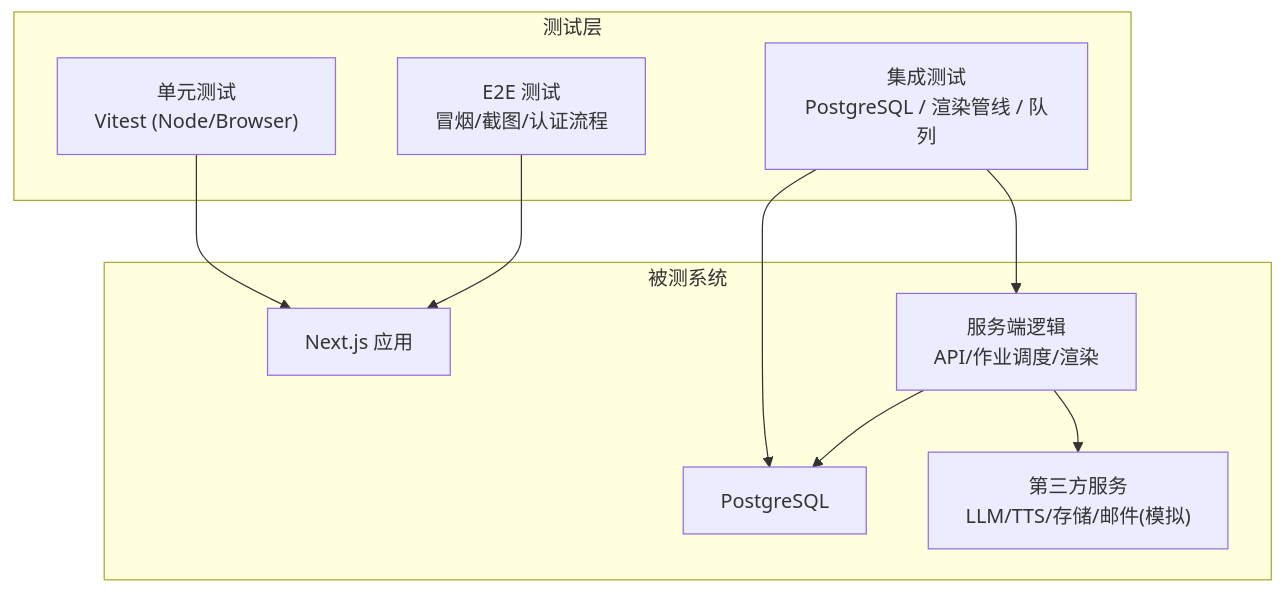
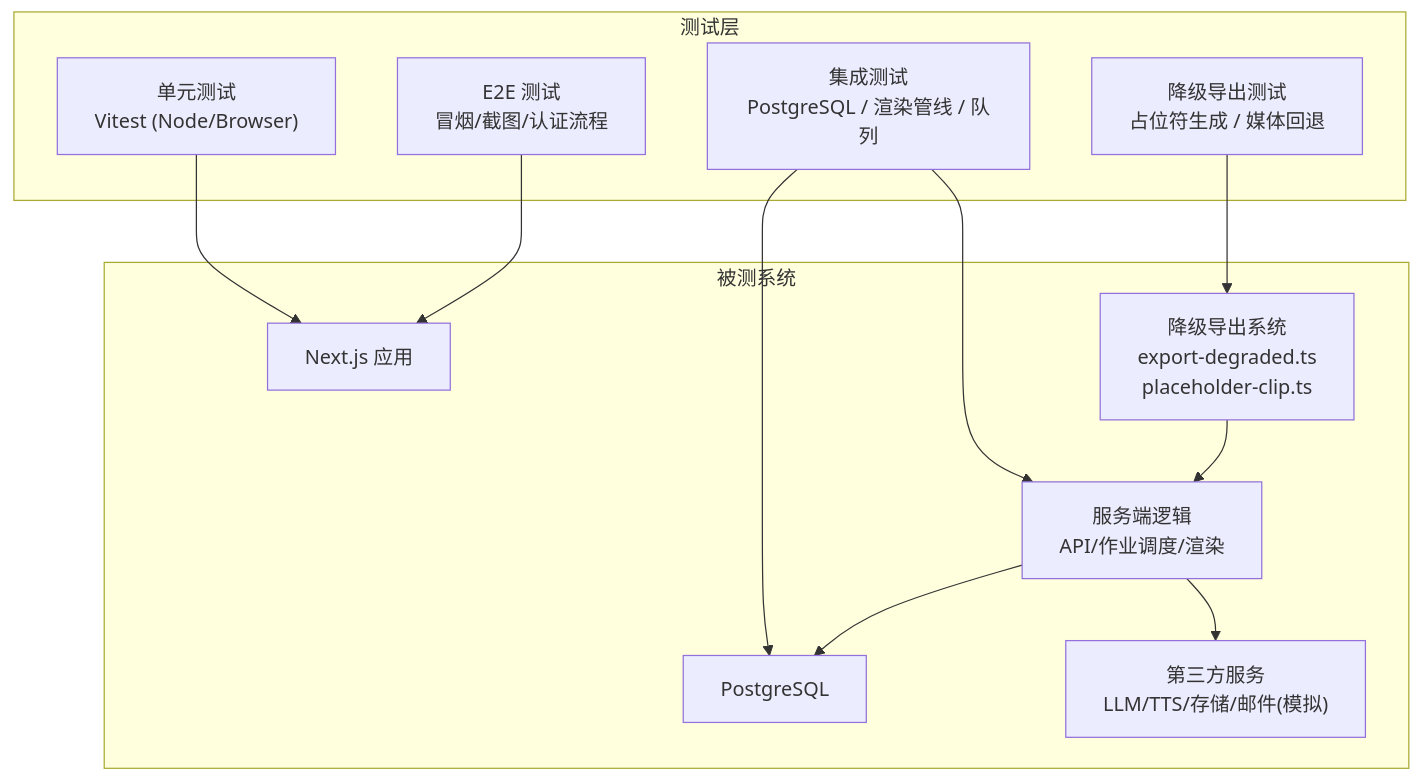
Before and after one commit to scottcwy/PurpleInk: the second of 8 diagrams in .qoder/repowiki/zh/content/测试策略/测试策略.md, drawn with Mermaid. The commit also changed other lines of this file and 109 other files, not shown here.

````diff
--- a/.qoder/repowiki/zh/content/测试策略/测试策略.md
+++ b/.qoder/repowiki/zh/content/测试策略/测试策略.md
@@ -107,20 +133,24 @@
 ```mermaid
 graph TB
 subgraph "测试层"
 U["单元测试<br/>Vitest (Node/Browser)"]
 I["集成测试<br/>PostgreSQL / 渲染管线 / 队列"]
+D["降级导出测试<br/>占位符生成 / 媒体回退"]
 E["E2E 测试<br/>冒烟/截图/认证流程"]
 end
 subgraph "被测系统"
 N["Next.js 应用"]
 S["服务端逻辑<br/>API/作业调度/渲染"]
 DB["PostgreSQL"]
 Ext["第三方服务<br/>LLM/TTS/存储/邮件(模拟)"]
+DL["降级导出系统<br/>export-degraded.ts<br/>placeholder-clip.ts"]
 end
 U --> N
 I --> S
 I --> DB
+D --> DL
 E --> N
 S --> DB
 S --> Ext
+DL --> S
 ```
````
